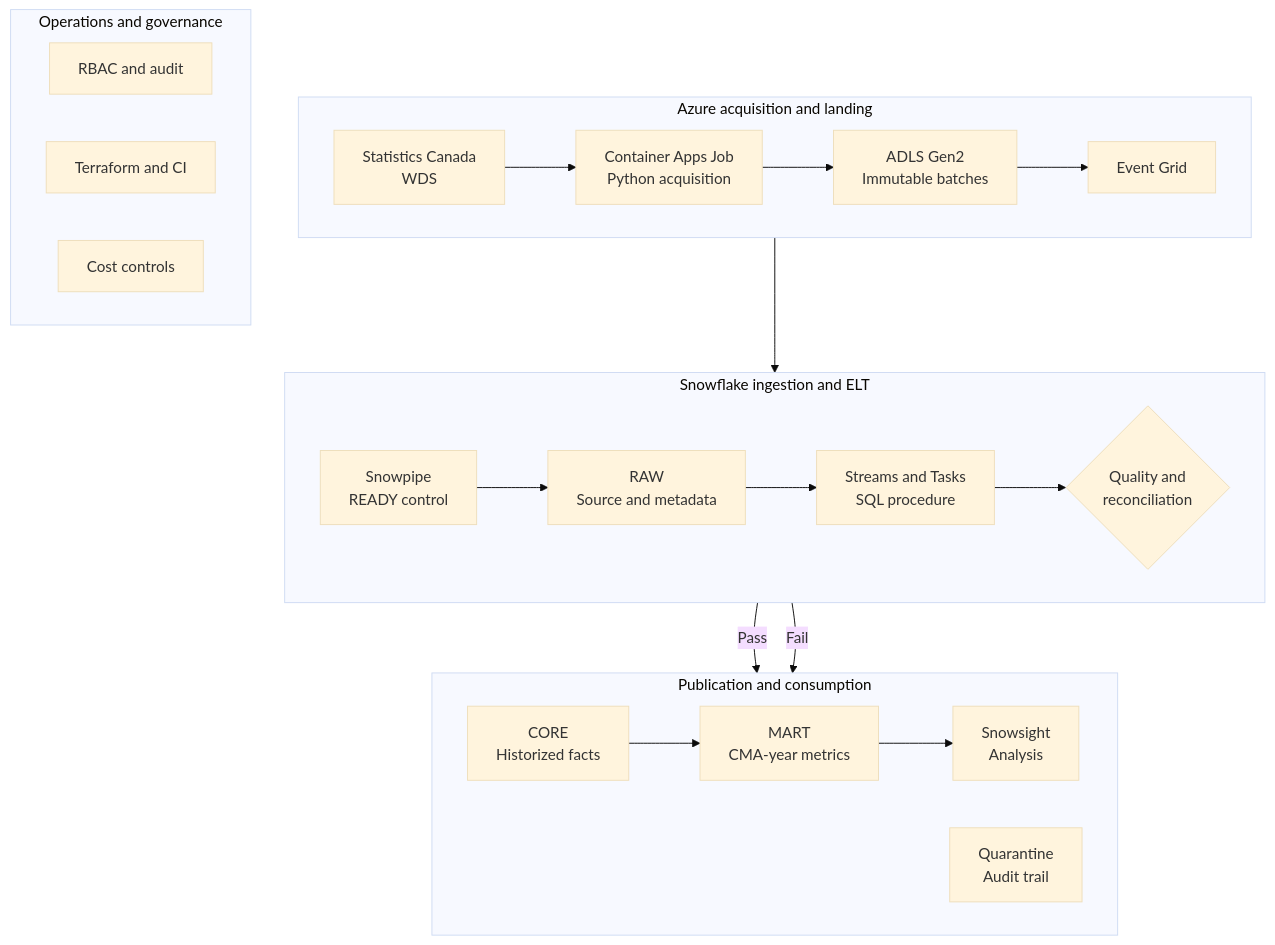
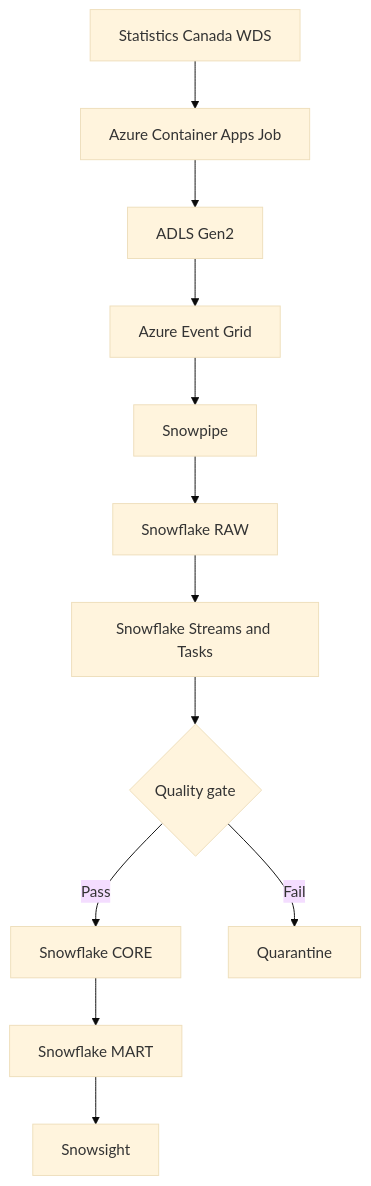
Before and after one commit to ruizhaoca/canadian-regional-intelligence-snowflake: the diagram in README.md, drawn with Mermaid (base theme). The commit also changed other lines of this file, not shown here.

Commit message:
Simplify README architecture display

````diff
--- a/README.md
+++ b/README.md
@@ -11,40 +11,19 @@
 ```mermaid
 flowchart TB
-    subgraph AZURE[Azure acquisition and landing]
-        direction LR
-        S[Statistics Canada<br/>WDS]
-        J[Container Apps Job<br/>Python acquisition]
-        L[ADLS Gen2<br/>Immutable batches]
-        E[Event Grid]
-        S --> J --> L --> E
-    end
+    S[Statistics Canada WDS]
+    J[Azure Container Apps Job]
+    L[ADLS Gen2]
+    E[Azure Event Grid]
+    P[Snowpipe]
+    R[Snowflake RAW]
+    T[Snowflake Streams and Tasks]
+    Q{Quality gate}
+    C[Snowflake CORE]
+    M[Snowflake MART]
+    A[Snowsight]
+    X[Quarantine]
 
-    subgraph SNOWFLAKE[Snowflake ingestion and ELT]
-        direction LR
-        P[Snowpipe<br/>READY control]
-        R[RAW<br/>Source and metadata]
-        T[Streams and Tasks<br/>SQL procedure]
-        Q{Quality and<br/>reconciliation}
-        P --> R --> T --> Q
-    end
-
-    subgraph PUBLISH[Publication and consumption]
-        direction LR
-        C[CORE<br/>Historized facts]
-        M[MART<br/>CMA-year metrics]
-        A[Snowsight<br/>Analysis]
-        X[Quarantine<br/>Audit trail]
-        C --> M --> A
-    end
-
-    E --> P
-    Q -->|Pass| C
+    S --> J --> L --> E --> P --> R --> T --> Q
+    Q -->|Pass| C --> M --> A
     Q -->|Fail| X
-
-    subgraph GOVERNANCE[Operations and governance]
-        direction LR
-        O1[RBAC and audit]
-        O2[Terraform and CI]
-        O3[Cost controls]
-    end
 ```
````
